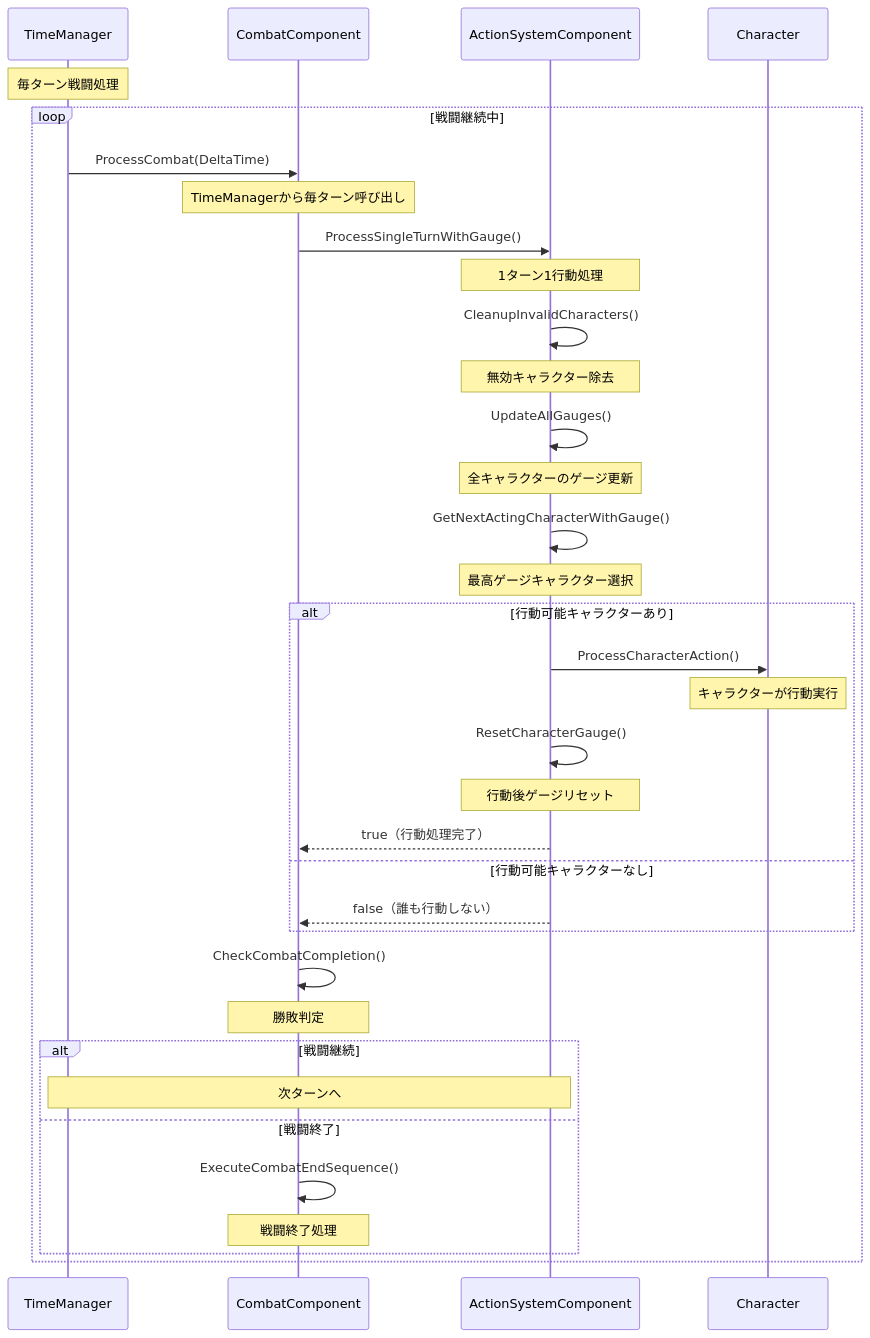
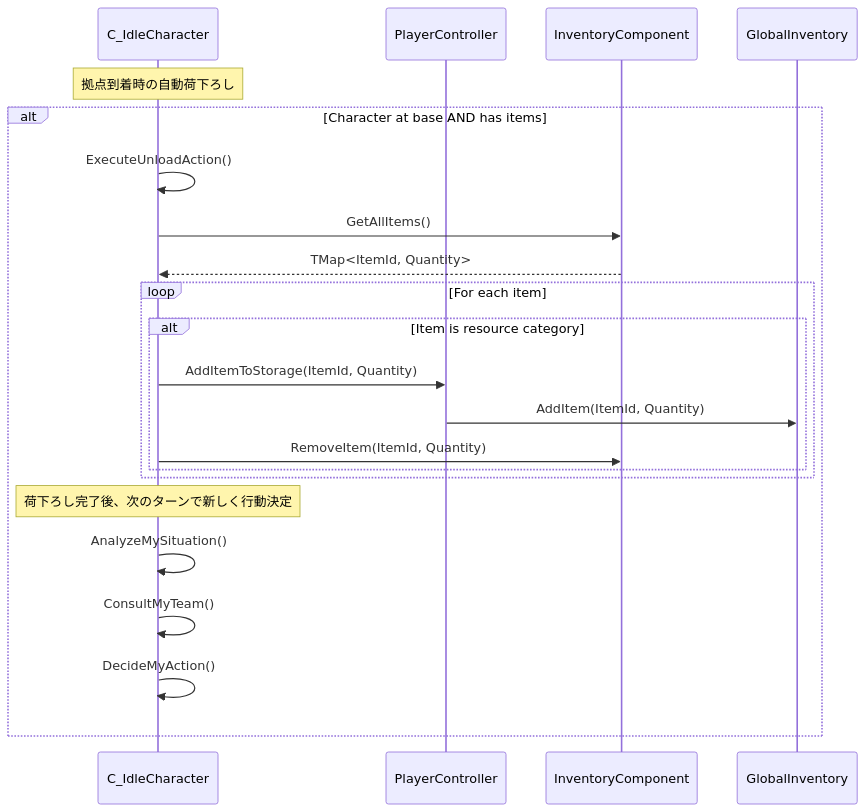
The fourth of 6 diagrams in docs/specifications/tasks/タスクフロー図.md (earlgreystudio/UE_IdleWSL), drawn with Mermaid before and after one commit. The commit also changed other lines of this file and 88 other files, not shown here.

````diff
--- a/docs/specifications/tasks/タスクフロー図.md
+++ b/docs/specifications/tasks/タスクフロー図.md
@@ -135,45 +127,29 @@
 ```mermaid
 sequenceDiagram
-    participant TM as TimeManager
-    participant CC as CombatComponent
-    participant ASC as ActionSystemComponent
-    participant Char as Character
+    participant Char as C_IdleCharacter
+    participant PlayerCtrl as PlayerController
+    participant Inventory as InventoryComponent
+    participant Storage as GlobalInventory
     
-    Note over TM: 毎ターン戦闘処理
-    loop 戦闘継続中
-        TM->>CC: ProcessCombat(DeltaTime)
-        Note over CC: TimeManagerから毎ターン呼び出し
+    Note over Char: 拠点到着時の自動荷下ろし
+    
+    alt Character at base AND has items
+        Char->>Char: ExecuteUnloadAction()
         
-        CC->>ASC: ProcessSingleTurnWithGauge()
-        Note over ASC: 1ターン1行動処理
+        Char->>Inventory: GetAllItems()
+        Inventory-->>Char: TMap<ItemId, Quantity>
         
-        ASC->>ASC: CleanupInvalidCharacters()
-        Note over ASC: 無効キャラクター除去
-        
-        ASC->>ASC: UpdateAllGauges()
-        Note over ASC: 全キャラクターのゲージ更新
-        
-        ASC->>ASC: GetNextActingCharacterWithGauge()
-        Note over ASC: 最高ゲージキャラクター選択
-        
-        alt 行動可能キャラクターあり
-            ASC->>Char: ProcessCharacterAction()
-            Note over Char: キャラクターが行動実行
-            ASC->>ASC: ResetCharacterGauge()
-            Note over ASC: 行動後ゲージリセット
-            ASC-->>CC: true（行動処理完了）
-        else 行動可能キャラクターなし
-            ASC-->>CC: false（誰も行動しない）
+        loop For each item
+            alt Item is resource category
+                Char->>PlayerCtrl: AddItemToStorage(ItemId, Quantity)
+                PlayerCtrl->>Storage: AddItem(ItemId, Quantity)
+                Char->>Inventory: RemoveItem(ItemId, Quantity)
+            end
         end
         
-        CC->>CC: CheckCombatCompletion()
-        Note over CC: 勝敗判定
-        
-        alt 戦闘継続
-            Note over TM,ASC: 次ターンへ
-        else 戦闘終了
-            CC->>CC: ExecuteCombatEndSequence()
-            Note over CC: 戦闘終了処理
-        end
+        Note over Char: 荷下ろし完了後、次のターンで新しく行動決定
+        Char->>Char: AnalyzeMySituation()
+        Char->>Char: ConsultMyTeam()
+        Char->>Char: DecideMyAction()
     end
 ```
````
